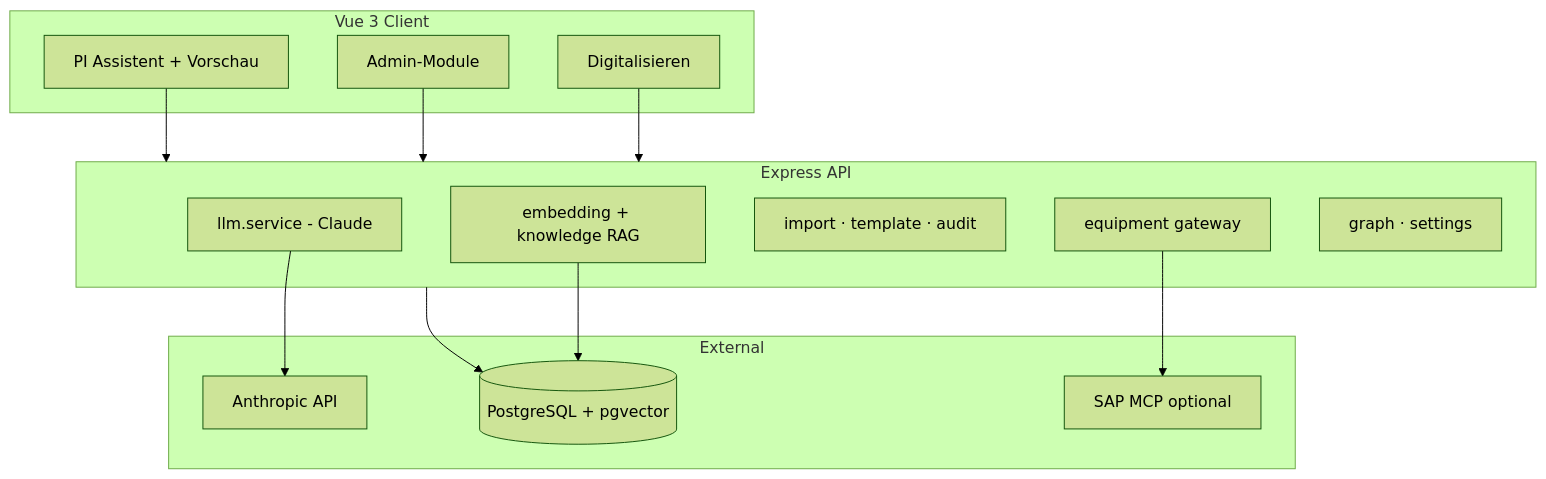
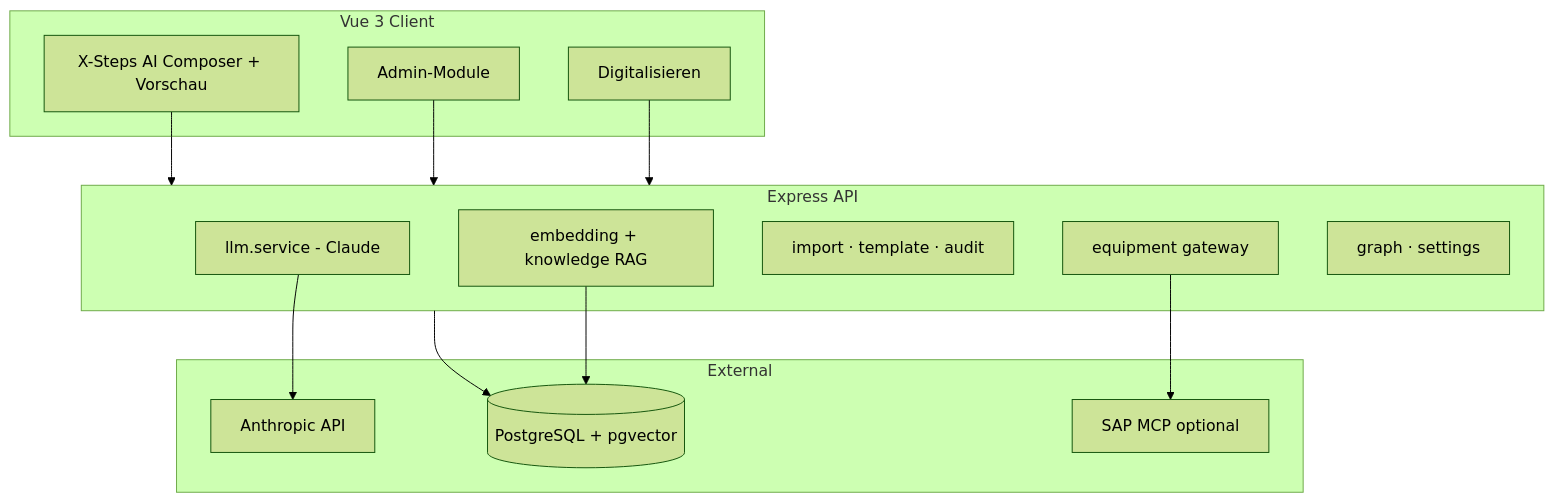
Before and after one commit to schmeckm/pi-sheet-generator: the diagram in docs/DOCUMENTATION.md, drawn with Mermaid (forest theme). The commit also changed other lines of this file and 41 other files, not shown here.

First line of the commit message:
Add multi-provider LLM settings and rebrand to X-Steps AI Composer

````diff
--- a/docs/DOCUMENTATION.md
+++ b/docs/DOCUMENTATION.md
@@ -154,27 +154,27 @@
 ```mermaid
 flowchart TB
   subgraph ui [Vue 3 Client]
-    Chat[PI Assistent + Vorschau]
+    Chat[X-Steps AI Composer + Vorschau]
     Admin[Admin-Module]
     Dig[Digitalisieren]
   end
   subgraph api [Express API]
     LLM[llm.service - Claude]
     RAG[embedding + knowledge RAG]
     Imp[import · template · audit]
     Equ[equipment gateway]
     Graph[graph · settings]
   end
   subgraph ext [External]
     Claude[Anthropic API]
     MCP[SAP MCP optional]
     PG[(PostgreSQL + pgvector)]
   end
   Chat --> api
   Admin --> api
   Dig --> api
   LLM --> Claude
   Equ --> MCP
   api --> PG
   RAG --> PG
 ```
````
